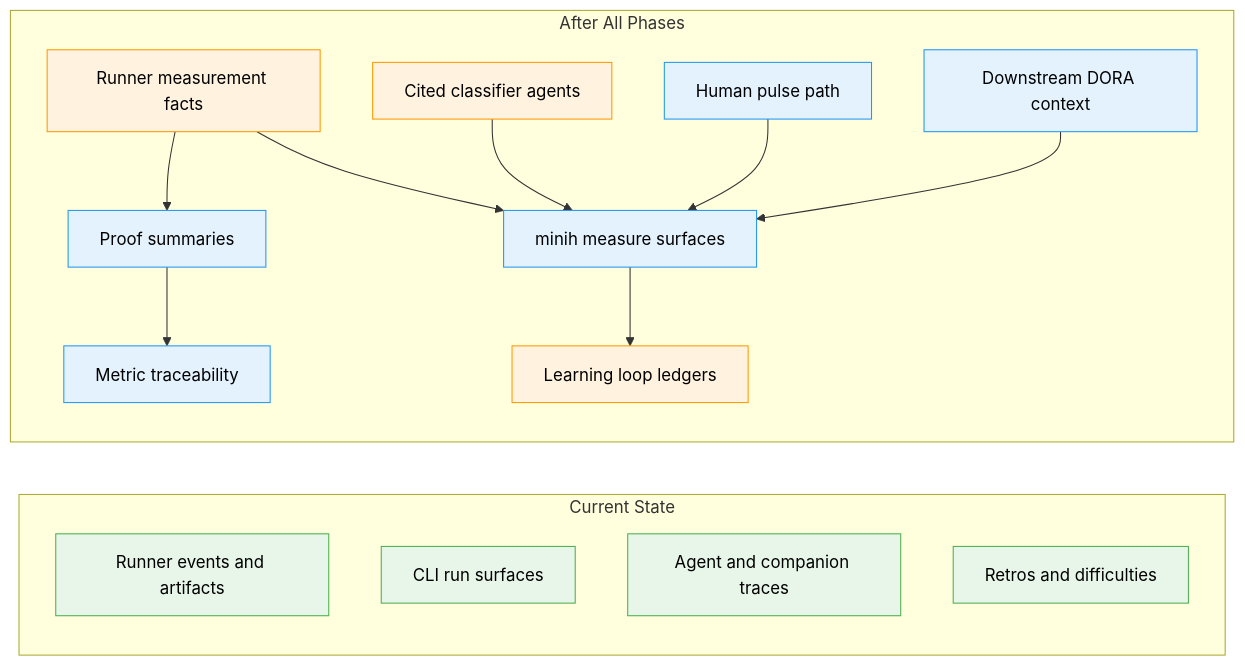
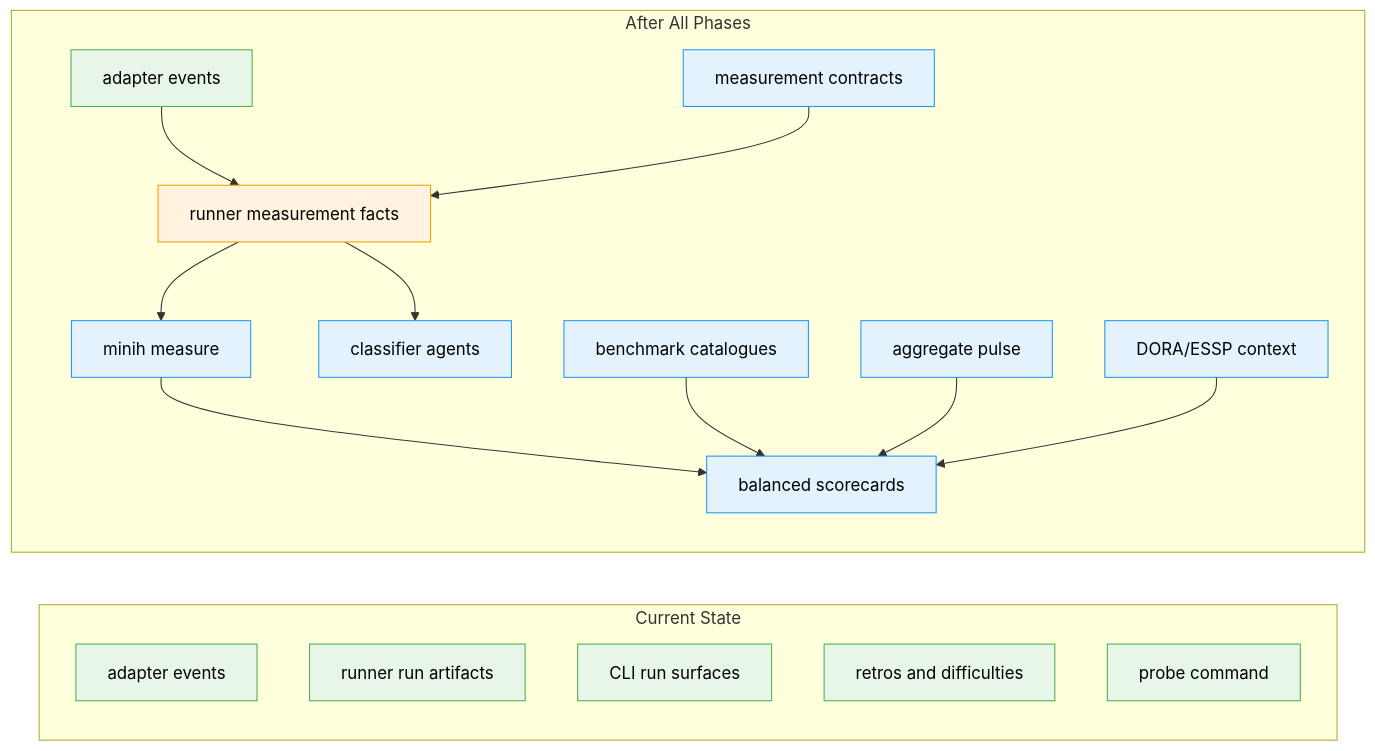
Before and after one commit to AI-Substrate/minih: the first of 2 diagrams in docs/plans/020-minih-harness-measurement/minih-harness-measurement.fltplan.md, drawn with Mermaid. The commit also changed other lines of this file and 45 other files, not shown here.

First line of the commit message:
fix(companion): ship missing schemas in code-review-companion@0.2.0 install (closes #30) (#33)

````diff
--- a/docs/plans/020-minih-harness-measurement/minih-harness-measurement.fltplan.md
+++ b/docs/plans/020-minih-harness-measurement/minih-harness-measurement.fltplan.md
@@ -37,32 +39,35 @@
 ```mermaid
 flowchart LR
     classDef existing fill:#E8F5E9,stroke:#4CAF50,color:#000
     classDef changed fill:#FFF3E0,stroke:#FF9800,color:#000
     classDef new fill:#E3F2FD,stroke:#2196F3,color:#000
 
     subgraph Current["Current State"]
-        R1[Runner events and artifacts]:::existing
+        A1[adapter events]:::existing
+        R1[runner run artifacts]:::existing
         C1[CLI run surfaces]:::existing
-        A1[Agent and companion traces]:::existing
-        L1[Retros and difficulties]:::existing
+        L1[retros and difficulties]:::existing
+        P1[probe command]:::existing
     end
 
     subgraph Target["After All Phases"]
-        R2[Runner measurement facts]:::changed
-        C2[minih measure surfaces]:::new
-        P2[Proof summaries]:::new
-        M2[Metric traceability]:::new
-        A2[Cited classifier agents]:::changed
-        L2[Learning loop ledgers]:::changed
-        H2[Human pulse path]:::new
-        D2[Downstream DORA context]:::new
+        A2[adapter events]:::existing
+        R2[runner measurement facts]:::changed
+        C2[minih measure]:::new
+        M2[measurement contracts]:::new
+        S2[balanced scorecards]:::new
+        G2[classifier agents]:::new
+        B2[benchmark catalogues]:::new
+        H2[aggregate pulse]:::new
+        D2[DORA/ESSP context]:::new
     end
 
+    A2 --> R2
+    M2 --> R2
     R2 --> C2
-    R2 --> P2
-    P2 --> M2
-    A2 --> C2
-    C2 --> L2
-    H2 --> C2
-    D2 --> C2
+    C2 --> S2
+    R2 --> G2
+    B2 --> S2
+    H2 --> S2
+    D2 --> S2
 ```
````
